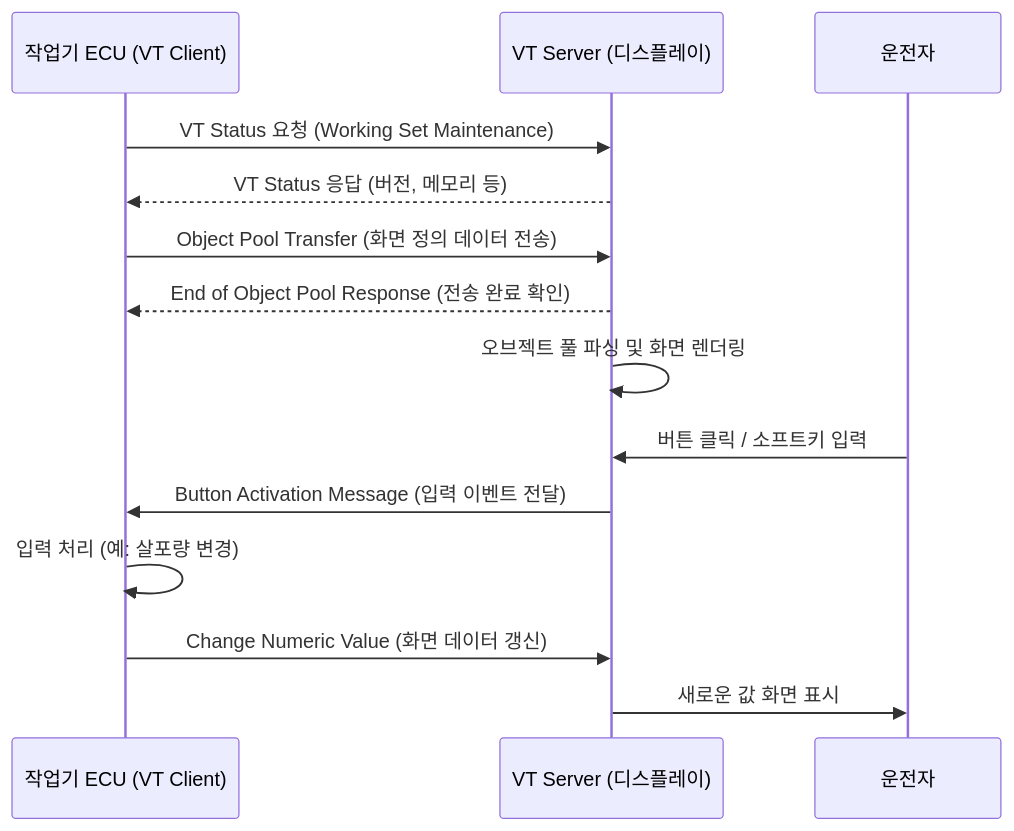
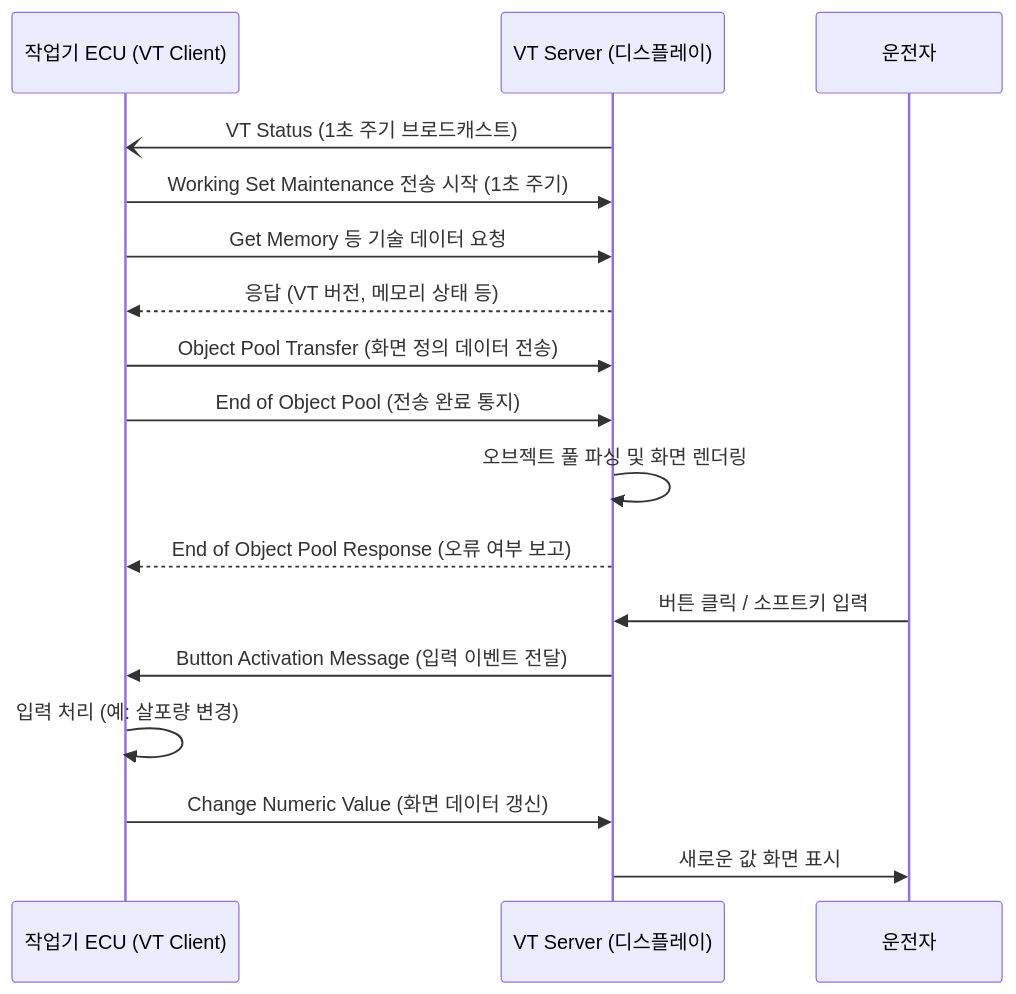
The third of 5 diagrams in docs/_study/isobus/15-vt-basics.md (hobeen-kim/hobeen-kim.github.io), drawn with Mermaid before and after one commit. The commit also changed other lines of this file and 18 other files, not shown here.

````diff
--- a/docs/_study/isobus/15-vt-basics.md
+++ b/docs/_study/isobus/15-vt-basics.md
@@ -91,21 +93,23 @@
 ```mermaid
 sequenceDiagram
     participant ECU as 작업기 ECU (VT Client)
     participant VT as VT Server (디스플레이)
     participant User as 운전자
 
-    ECU->>VT: VT Status 요청 (Working Set Maintenance)
-    VT-->>ECU: VT Status 응답 (버전, 메모리 등)
+    VT-)ECU: VT Status (1초 주기 브로드캐스트)
+    ECU->>VT: Working Set Maintenance 전송 시작 (1초 주기)
+    ECU->>VT: Get Memory 등 기술 데이터 요청
+    VT-->>ECU: 응답 (VT 버전, 메모리 상태 등)
 
     ECU->>VT: Object Pool Transfer (화면 정의 데이터 전송)
-    VT-->>ECU: End of Object Pool Response (전송 완료 확인)
-
+    ECU->>VT: End of Object Pool (전송 완료 통지)
     VT->>VT: 오브젝트 풀 파싱 및 화면 렌더링
+    VT-->>ECU: End of Object Pool Response (오류 여부 보고)
 
     User->>VT: 버튼 클릭 / 소프트키 입력
     VT->>ECU: Button Activation Message (입력 이벤트 전달)
 
     ECU->>ECU: 입력 처리 (예: 살포량 변경)
     ECU->>VT: Change Numeric Value (화면 데이터 갱신)
     VT->>User: 새로운 값 화면 표시
 ```
````
